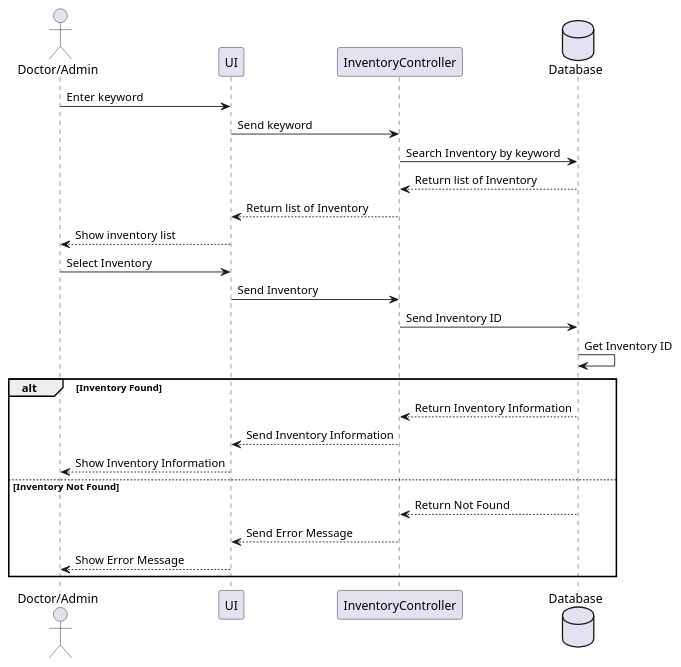
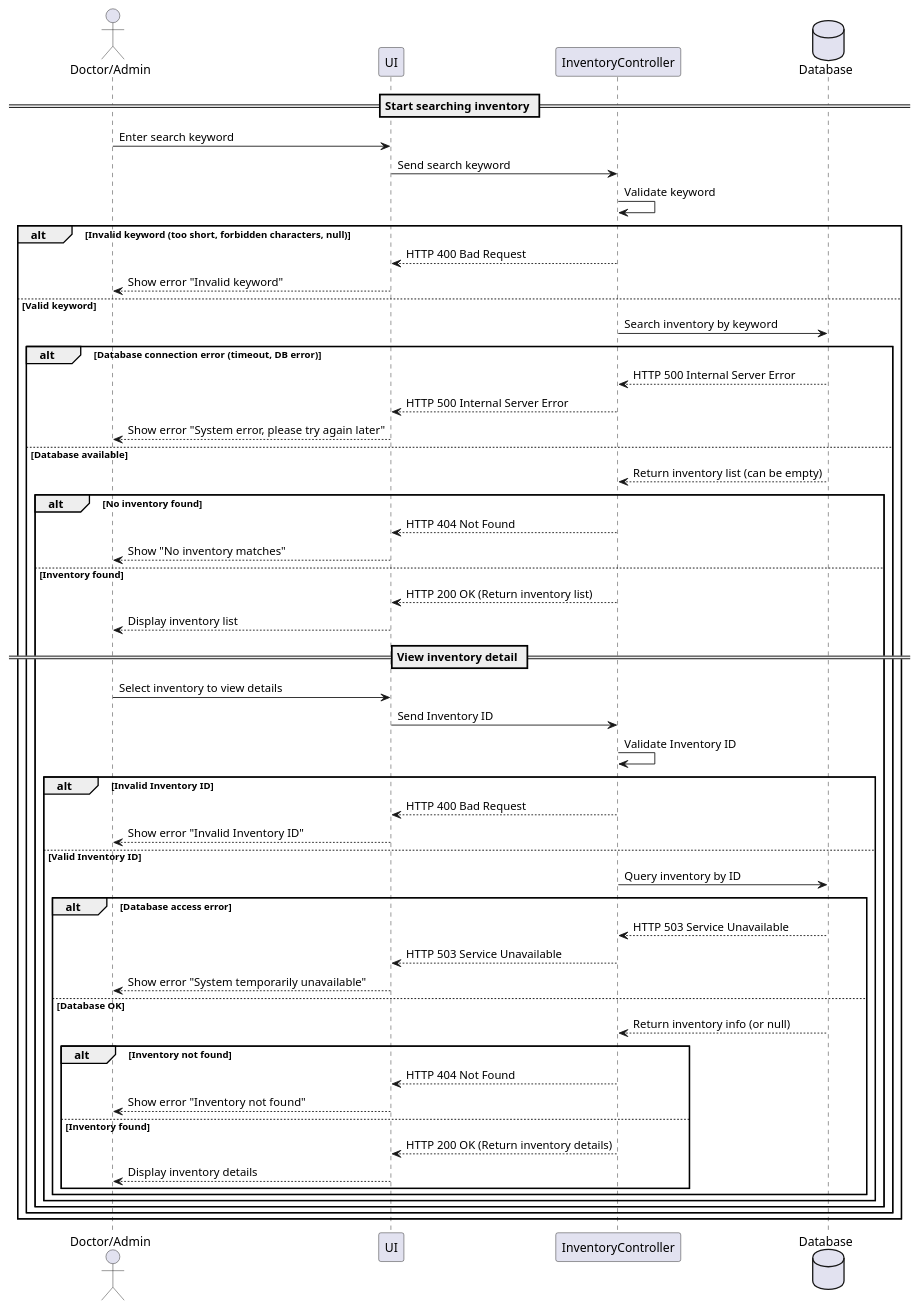
One commit to Sagitoaz/BTL_OOP changed the diagram in UML/Sequence + Code/CodeSearchAndViewInventory.puml. Above: the diagram before and after it, drawn with PlantUML.

Commit message:
Update : Search And ViewInventory

```diff
--- a/UML/Sequence + Code/CodeSearchAndViewInventory.puml
+++ b/UML/Sequence + Code/CodeSearchAndViewInventory.puml
@@ -1,28 +1,60 @@
 @startuml
 actor "Doctor/Admin" as Client
 participant UI
 participant InventoryController
 database Database
 
-Client -> UI: Enter keyword
-UI -> InventoryController: Send keyword
-InventoryController -> Database: Search Inventory by keyword
-Database --> InventoryController: Return list of Inventory
-InventoryController --> UI: Return list of Inventory
-UI --> Client: Show inventory list
+== Start searching inventory ==
+Client -> UI: Enter search keyword
+UI -> InventoryController: Send search keyword
 
-Client -> UI: Select Inventory
-UI -> InventoryController: Send Inventory
-InventoryController -> Database: Send Inventory ID
-Database -> Database: Get Inventory ID
+' Keyword validation
+InventoryController -> InventoryController: Validate keyword
+alt Invalid keyword (too short, forbidden characters, null)
+    InventoryController --> UI: HTTP 400 Bad Request
+    UI --> Client: Show error "Invalid keyword"
+else Valid keyword
+    InventoryController -> Database: Search inventory by keyword
+    alt Database connection error (timeout, DB error)
+        Database --> InventoryController: HTTP 500 Internal Server Error
+        InventoryController --> UI: HTTP 500 Internal Server Error
+        UI --> Client: Show error "System error, please try again later"
+    else Database available
+        Database --> InventoryController: Return inventory list (can be empty)
+        alt No inventory found
+            InventoryController --> UI: HTTP 404 Not Found
+            UI --> Client: Show "No inventory matches"
+        else Inventory found
+            InventoryController --> UI: HTTP 200 OK (Return inventory list)
+            UI --> Client: Display inventory list
 
-alt Inventory Found
-    Database --> InventoryController: Return Inventory Information
-    InventoryController --> UI: Send Inventory Information
-    UI --> Client: Show Inventory Information
-else Inventory Not Found
-    Database --> InventoryController: Return Not Found
-    InventoryController --> UI: Send Error Message
-    UI --> Client: Show Error Message
+            == View inventory detail ==
+            Client -> UI: Select inventory to view details
+            UI -> InventoryController: Send Inventory ID
+
+            ' Validate Inventory ID
+            InventoryController -> InventoryController: Validate Inventory ID
+            alt Invalid Inventory ID
+                InventoryController --> UI: HTTP 400 Bad Request
+                UI --> Client: Show error "Invalid Inventory ID"
+            else Valid Inventory ID
+                InventoryController -> Database: Query inventory by ID
+                alt Database access error
+                    Database --> InventoryController: HTTP 503 Service Unavailable
+                    InventoryController --> UI: HTTP 503 Service Unavailable
+                    UI --> Client: Show error "System temporarily unavailable"
+                else Database OK
+                    Database --> InventoryController: Return inventory info (or null)
+                    alt Inventory not found
+                        InventoryController --> UI: HTTP 404 Not Found
+                        UI --> Client: Show error "Inventory not found"
+                    else Inventory found
+                        InventoryController --> UI: HTTP 200 OK (Return inventory details)
+                        UI --> Client: Display inventory details
+                    end
+                end
+            end
+        end
+    end
 end
 @enduml
```
